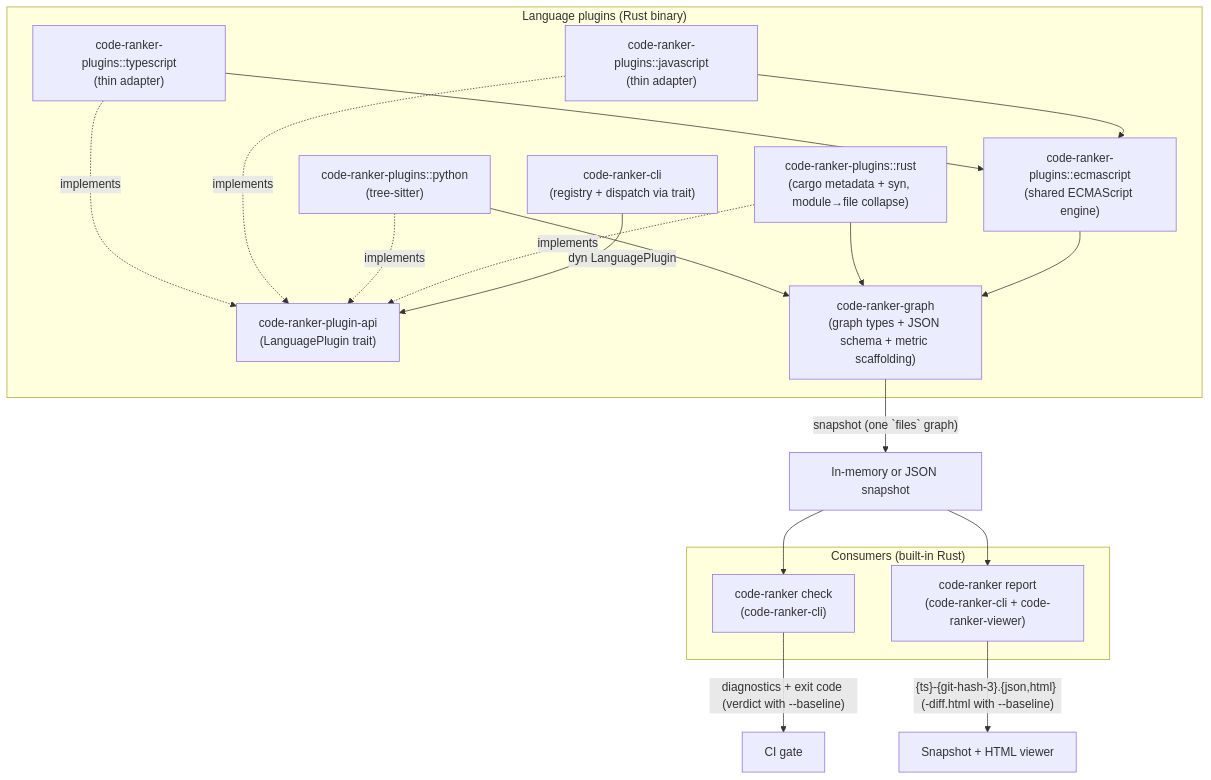
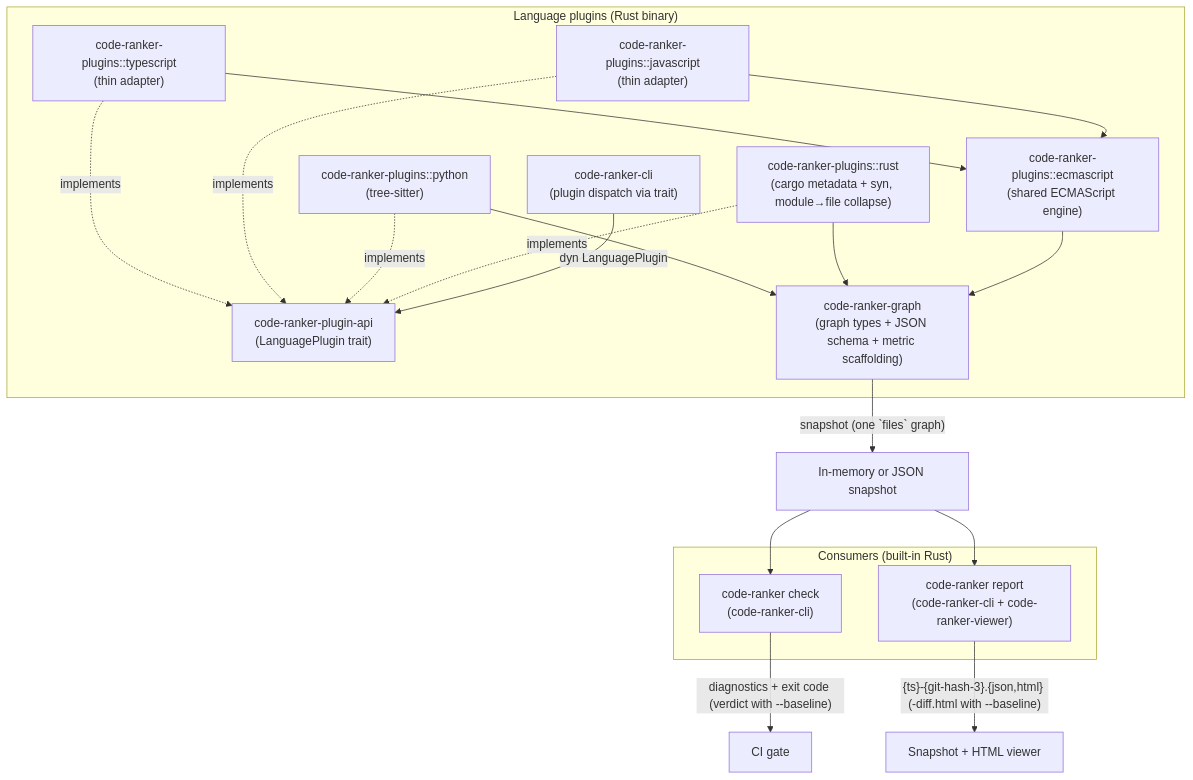
Before and after one commit to ffedoroff/code-ranker: the first of 5 diagrams in docs/DESIGN.md, drawn with Mermaid. The commit also changed other lines of this file and 50 other files, not shown here.

````diff
--- a/docs/DESIGN.md
+++ b/docs/DESIGN.md
@@ -103,35 +103,35 @@
 ```mermaid
 flowchart TD
     subgraph step1["Language plugins (Rust binary)"]
-        cli["code-ranker-cli<br/>(registry + dispatch via trait)"]
+        cli["code-ranker-cli<br/>(plugin dispatch via trait)"]
         api["code-ranker-plugin-api<br/>(LanguagePlugin trait)"]
         pr["code-ranker-plugins::rust<br/>(cargo metadata + syn, module→file collapse)"]
         pp["code-ranker-plugins::python<br/>(tree-sitter)"]
         pj["code-ranker-plugins::javascript<br/>(thin adapter)"]
         pt["code-ranker-plugins::typescript<br/>(thin adapter)"]
         eco["code-ranker-plugins::ecmascript<br/>(shared ECMAScript engine)"]
         core["code-ranker-graph<br/>(graph types + JSON schema + metric scaffolding)"]
         cli -->|"dyn LanguagePlugin"| api
         pr -.implements.-> api
         pp -.implements.-> api
         pj -.implements.-> api
         pt -.implements.-> api
         pj --> eco
         pt --> eco
         eco --> core
         pr --> core
         pp --> core
     end
 
     core -->|"snapshot (one `files` graph)"| artifacts["In-memory or JSON snapshot"]
 
     subgraph consume["Consumers (built-in Rust)"]
         check["code-ranker check<br/>(code-ranker-cli)"]
         report["code-ranker report<br/>(code-ranker-cli + code-ranker-viewer)"]
     end
 
     artifacts --> check
     artifacts --> report
     check -->|"diagnostics + exit code (verdict with --baseline)"| gate["CI gate"]
     report -->|"{ts}-{git-hash-3}.{json,html} (-diff.html with --baseline)"| html_report["Snapshot + HTML viewer"]
 ```
````
